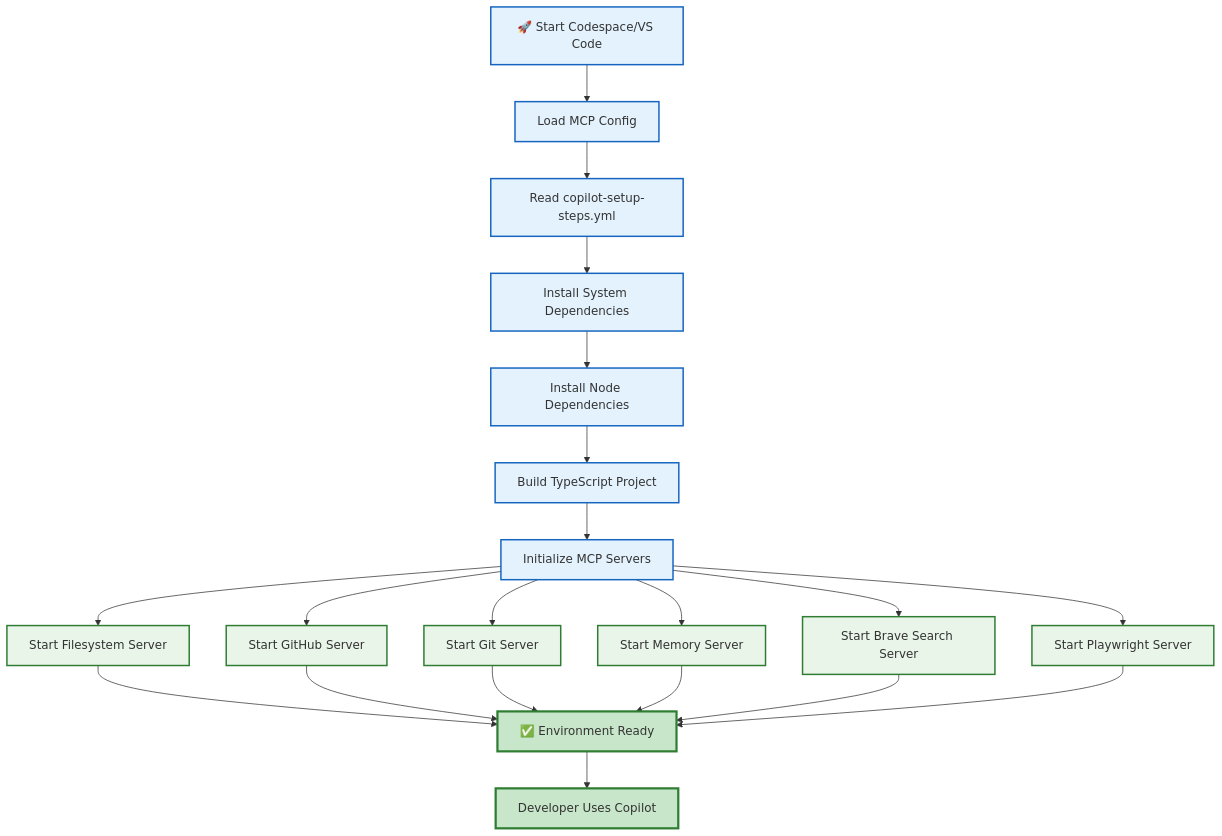
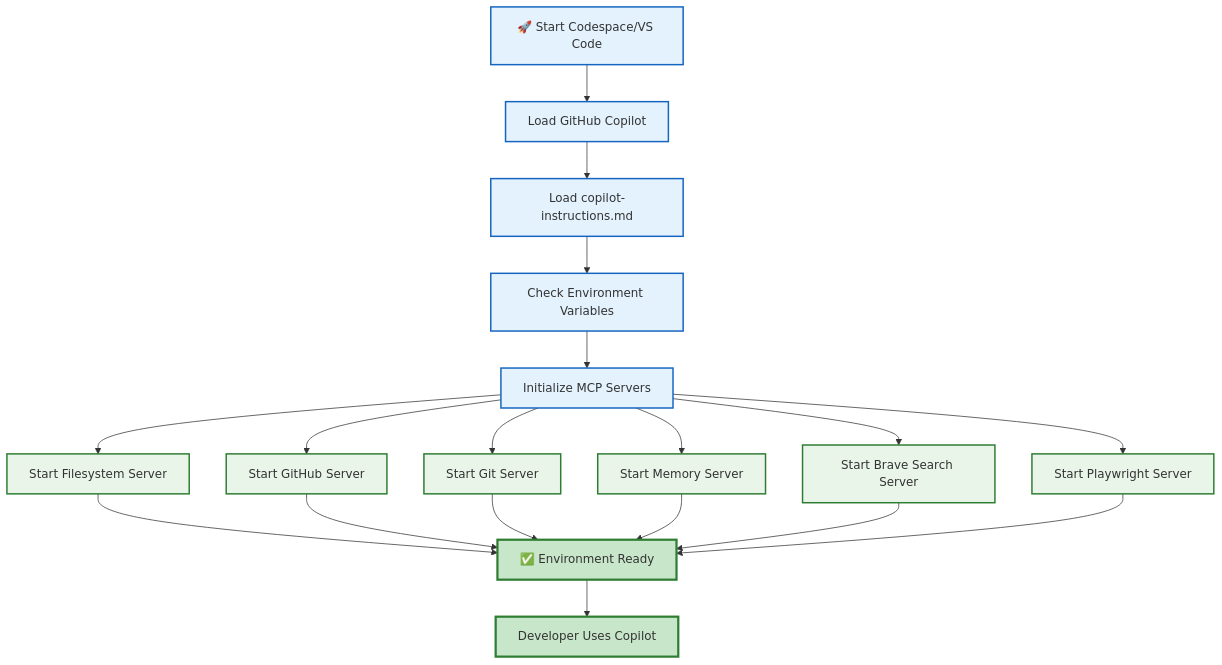
Before and after one commit to Hack23/game: the third of 7 diagrams in docs/MCP_ARCHITECTURE.md, drawn with Mermaid. The commit also changed other lines of this file and 4 other files, not shown here.

Commit message:
Fix: remove references to non-existent MCP config files

````diff
--- a/docs/MCP_ARCHITECTURE.md
+++ b/docs/MCP_ARCHITECTURE.md
@@ -106,33 +103,31 @@
 ```mermaid
 flowchart TD
-    Start[🚀 Start Codespace/VS Code] --> LoadConfig[Load MCP Config]
-    LoadConfig --> ReadSetup[Read copilot-setup-steps.yml]
-    ReadSetup --> InstallDeps[Install System Dependencies]
-    InstallDeps --> InstallNode[Install Node Dependencies]
-    InstallNode --> BuildProject[Build TypeScript Project]
-    BuildProject --> InitServers[Initialize MCP Servers]
+    Start[🚀 Start Codespace/VS Code] --> LoadCopilot[Load GitHub Copilot]
+    LoadCopilot --> LoadInstructions[Load copilot-instructions.md]
+    LoadInstructions --> CheckEnv[Check Environment Variables]
+    CheckEnv --> InitServers[Initialize MCP Servers]
     
     InitServers --> FSServer[Start Filesystem Server]
     InitServers --> GHServer[Start GitHub Server]
     InitServers --> GitServer[Start Git Server]
     InitServers --> MemServer[Start Memory Server]
     InitServers --> SearchServer[Start Brave Search Server]
     InitServers --> PWServer[Start Playwright Server]
     
     FSServer --> Ready
     GHServer --> Ready
     GitServer --> Ready
     MemServer --> Ready
     SearchServer --> Ready
     PWServer --> Ready
     
     Ready[✅ Environment Ready] --> UseCopilot[Developer Uses Copilot]
     
     classDef setup fill:#e3f2fd,stroke:#1565c0,stroke-width:2px
     classDef server fill:#e8f5e8,stroke:#2e7d32,stroke-width:2px
     classDef ready fill:#c8e6c9,stroke:#2e7d32,stroke-width:3px
     
-    class Start,LoadConfig,ReadSetup,InstallDeps,InstallNode,BuildProject,InitServers setup
+    class Start,LoadCopilot,LoadInstructions,CheckEnv,InitServers setup
     class FSServer,GHServer,GitServer,MemServer,SearchServer,PWServer server
     class Ready,UseCopilot ready
 ```
````
